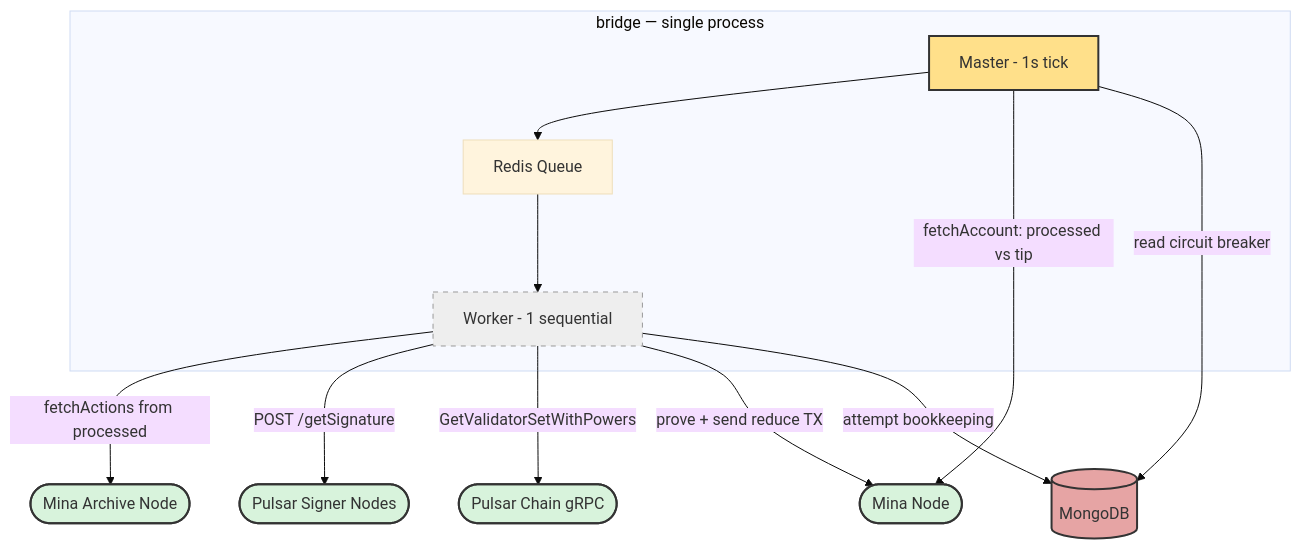
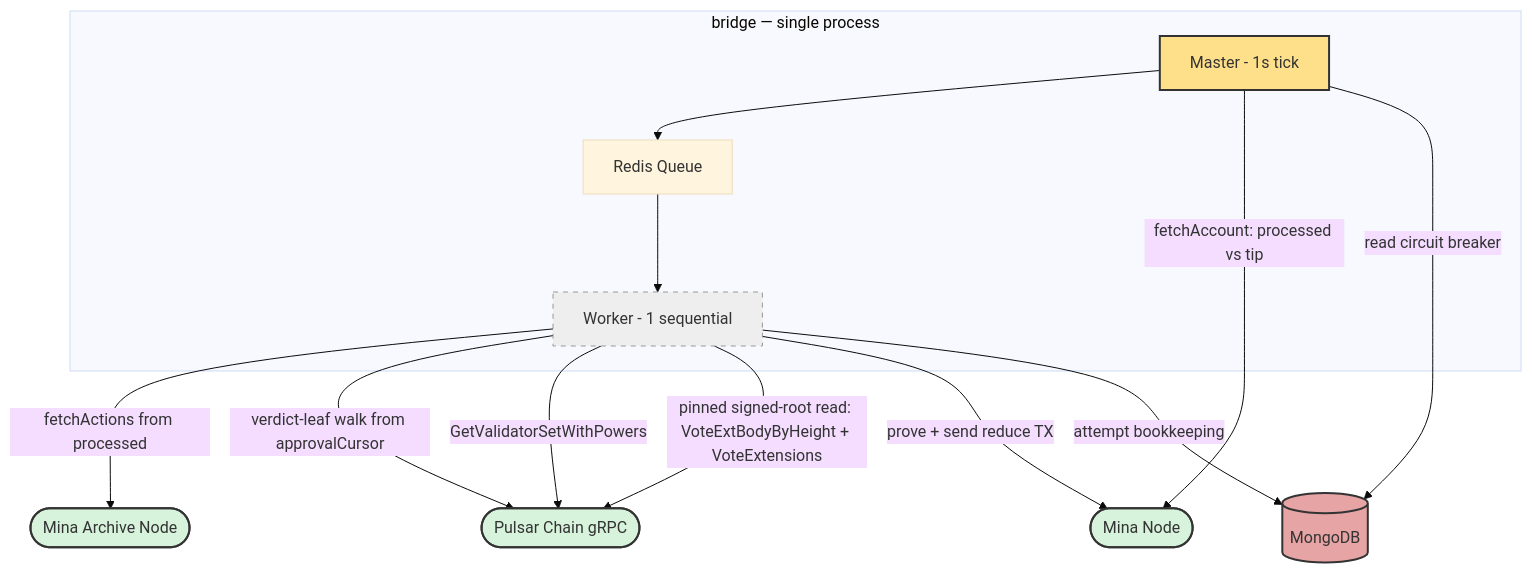
Before and after one commit to node101-io/pulsar: the first of 4 diagrams in bridge/docs/architecture.md, drawn with Mermaid (base theme). The commit also changed other lines of this file and 22 other files, not shown here.

````diff
--- a/bridge/docs/architecture.md
+++ b/bridge/docs/architecture.md
@@ -52,31 +55,31 @@
 ```mermaid
 graph TD
     classDef db fill:#e6a4a4,stroke:#333,stroke-width:2px
     classDef processor fill:#ffe08a,stroke:#333,stroke-width:2px
     classDef worker fill:#eee,stroke:#999,stroke-dasharray: 5 5
     classDef external fill:#d8f3dc,stroke:#333,stroke-width:2px
 
     subgraph Bridge [bridge — single process]
         master[Master - 1s tick] --> queue[Redis Queue]
         queue --> worker1[Worker - 1 sequential]
     end
 
     Mina([Mina Node])
     Archive([Mina Archive Node])
-    Signers([Pulsar Signer Nodes])
-    Chain([Pulsar Chain gRPC])
+    ChainGrpc([Pulsar Chain gRPC])
     mongoDB[(MongoDB)]
 
     master -->|fetchAccount: processed vs tip| Mina
     master -->|read circuit breaker| mongoDB
     worker1 -->|fetchActions from processed| Archive
-    worker1 -->|POST /getSignature| Signers
-    worker1 -->|GetValidatorSetWithPowers| Chain
+    worker1 -->|verdict-leaf walk from approvalCursor| ChainGrpc
+    worker1 -->|GetValidatorSetWithPowers| ChainGrpc
+    worker1 -->|pinned signed-root read: VoteExtBodyByHeight + VoteExtensions| ChainGrpc
     worker1 -->|prove + send reduce TX| Mina
     worker1 -->|attempt bookkeeping| mongoDB
 
-    class Mina,Archive,Signers,Chain external
+    class Mina,Archive,ChainGrpc external
     class mongoDB db
     class master processor
     class worker1 worker
 ```
````
